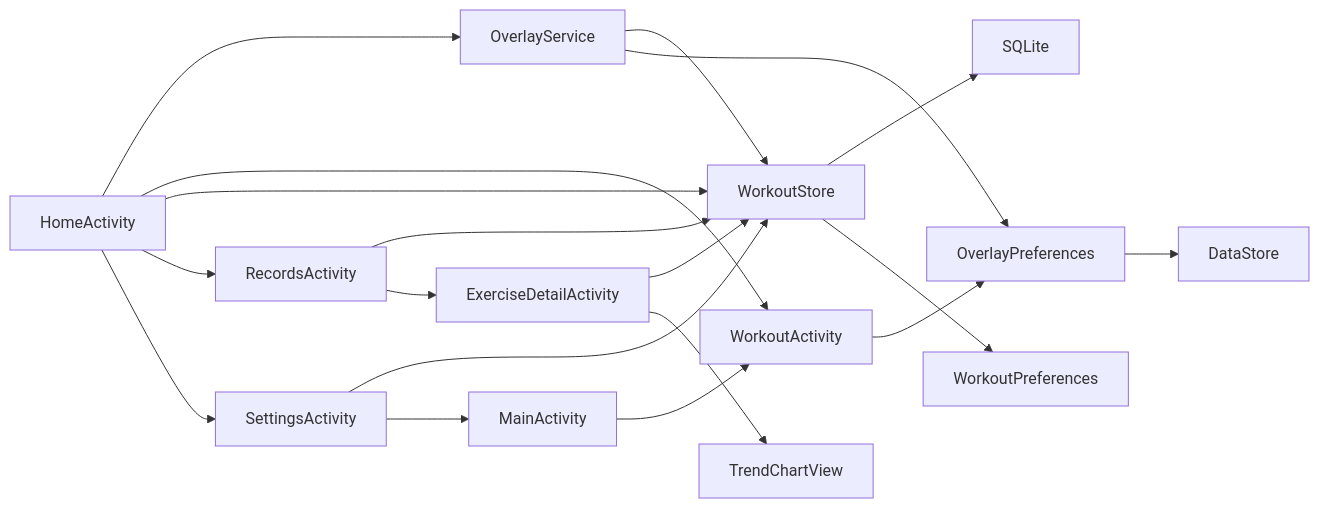
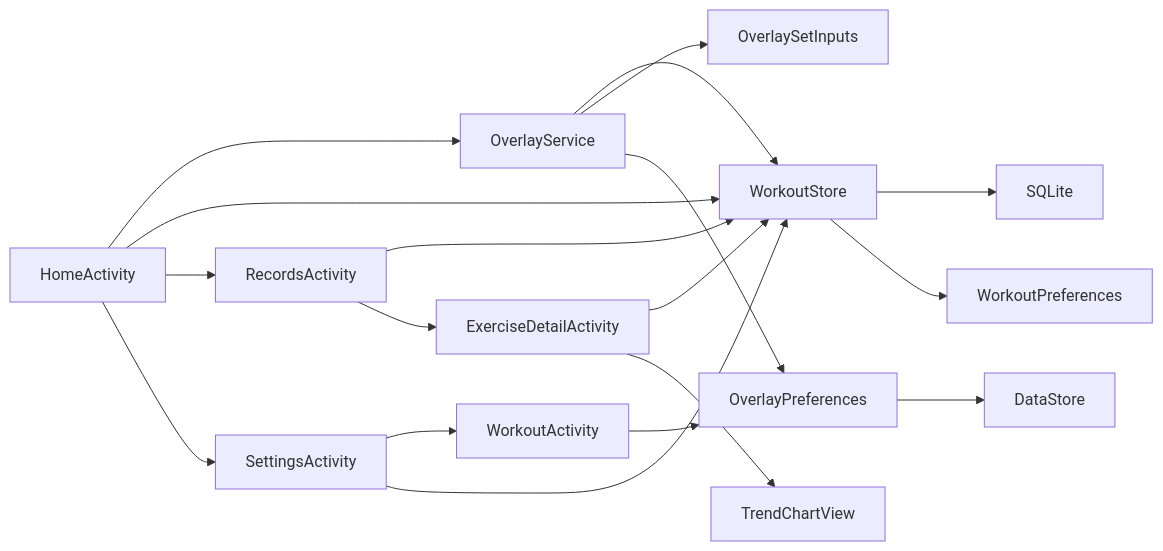
One commit to JaceDashS/lift-log changed the diagram in docs/architecture/10-overview.md. Above: the diagram before and after it, drawn with Mermaid. The commit also changed other lines of this file and 51 other files, not shown here.

Commit message:
[feat] Refine workout overlay and records

````diff
--- a/docs/architecture/10-overview.md
+++ b/docs/architecture/10-overview.md
@@ -4,21 +4,20 @@
 ```mermaid
 flowchart LR
  HomeActivity --> OverlayService
  OverlayService --> WorkoutStore
- HomeActivity --> WorkoutActivity
+ OverlayService --> OverlaySetInputs
+ SettingsActivity --> WorkoutActivity
  HomeActivity --> WorkoutStore
  RecordsActivity --> WorkoutStore
  ExerciseDetailActivity --> WorkoutStore
  ExerciseDetailActivity --> TrendChartView
  SettingsActivity --> WorkoutStore
  WorkoutStore --> SQLite
  WorkoutStore --> WorkoutPreferences
  HomeActivity --> RecordsActivity
  RecordsActivity --> ExerciseDetailActivity
  HomeActivity --> SettingsActivity
- SettingsActivity --> MainActivity
- MainActivity --> WorkoutActivity
  WorkoutActivity --> OverlayPreferences
  OverlayService --> OverlayPreferences
  OverlayPreferences --> DataStore
 ```
````
